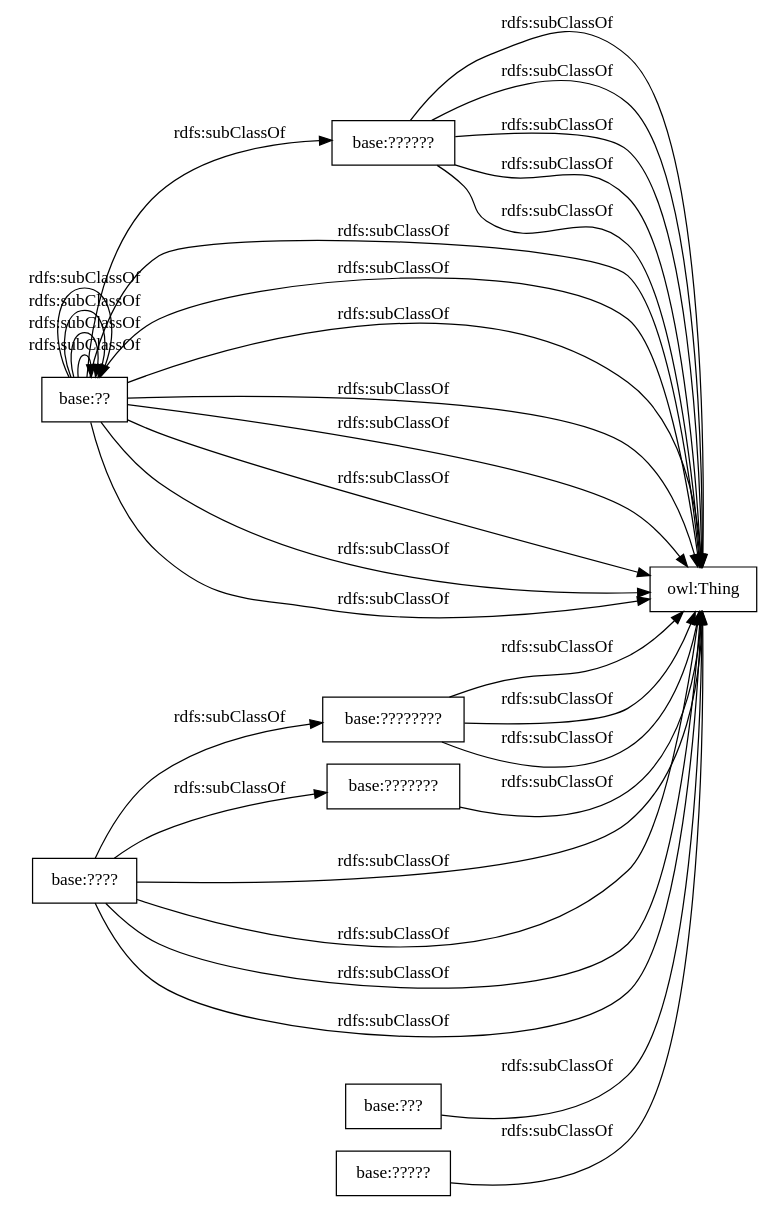
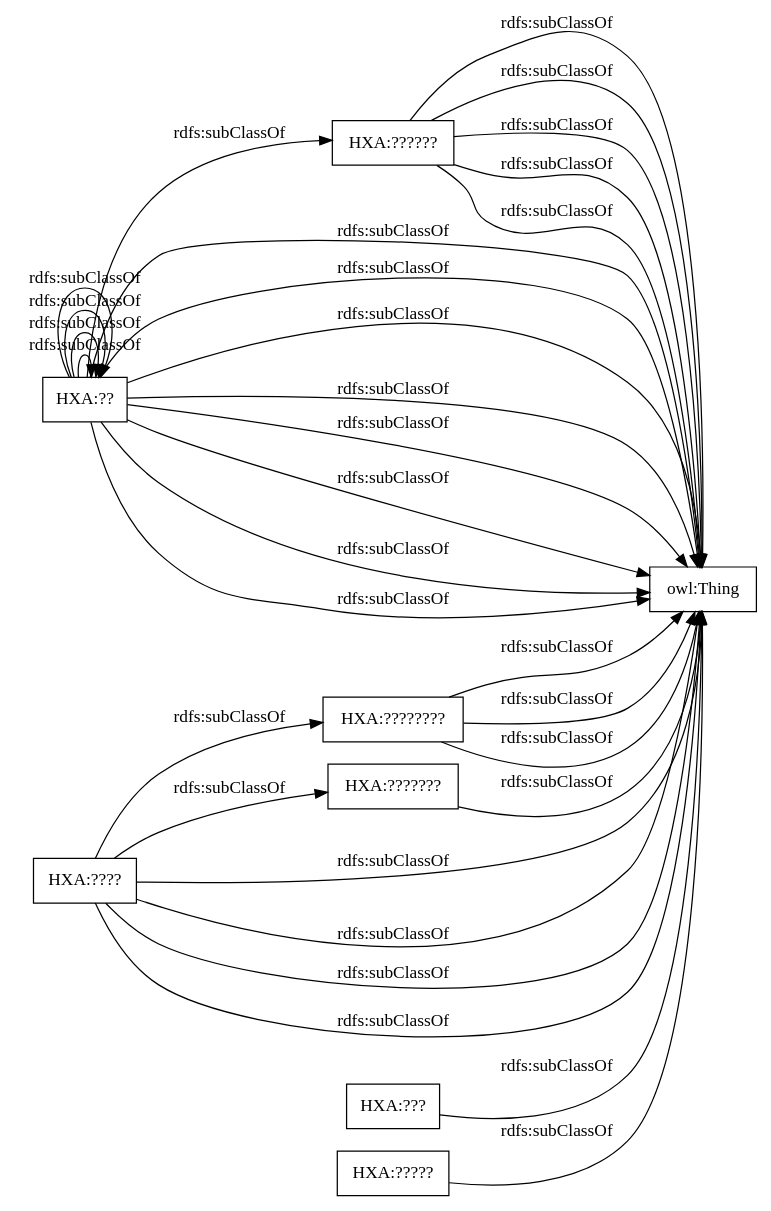
Before and after one commit to kevin801006/Ontology: the diagram in OnToology/HXA.rdf/diagrams/ar2dtool-taxonomy/HXA.rdf.png.dot, drawn with Graphviz. The commit also changed 10 other files, not shown here.

```diff
--- a/OnToology/HXA.rdf/diagrams/ar2dtool-taxonomy/HXA.rdf.png.dot
+++ b/OnToology/HXA.rdf/diagrams/ar2dtool-taxonomy/HXA.rdf.png.dot
@@ -1,36 +1,36 @@
 digraph ar2dtool_diagram { 
 rankdir=LR;
 size="1000"
-node [shape = rectangle, color="black"]; "base:??" "base:??????" "base:????????" "base:????" "base:??" "base:????" "base:???????" "base:??" "base:??????" "base:????" "base:??" "base:??????" "base:??" "base:???" "base:??" "base:??????" "base:????????" "base:??" "base:????????" "base:??" "base:??" "base:????" "base:????" "base:??" "base:??" "base:??????" "base:??" "base:??" "base:?????" "base:????" ; /*classes style*/
-	"base:????????" -> "owl:Thing" [ label = "rdfs:subClassOf" ];
-	"base:????????" -> "owl:Thing" [ label = "rdfs:subClassOf" ];
-	"base:????" -> "owl:Thing" [ label = "rdfs:subClassOf" ];
-	"base:??" -> "base:??" [ label = "rdfs:subClassOf" ];
-	"base:???????" -> "owl:Thing" [ label = "rdfs:subClassOf" ];
-	"base:????" -> "owl:Thing" [ label = "rdfs:subClassOf" ];
-	"base:??????" -> "owl:Thing" [ label = "rdfs:subClassOf" ];
-	"base:??" -> "base:??" [ label = "rdfs:subClassOf" ];
-	"base:???" -> "owl:Thing" [ label = "rdfs:subClassOf" ];
-	"base:??????" -> "owl:Thing" [ label = "rdfs:subClassOf" ];
-	"base:??" -> "owl:Thing" [ label = "rdfs:subClassOf" ];
-	"base:????" -> "owl:Thing" [ label = "rdfs:subClassOf" ];
-	"base:??" -> "owl:Thing" [ label = "rdfs:subClassOf" ];
-	"base:??" -> "owl:Thing" [ label = "rdfs:subClassOf" ];
-	"base:??" -> "owl:Thing" [ label = "rdfs:subClassOf" ];
-	"base:????????" -> "owl:Thing" [ label = "rdfs:subClassOf" ];
-	"base:??" -> "owl:Thing" [ label = "rdfs:subClassOf" ];
-	"base:??????" -> "owl:Thing" [ label = "rdfs:subClassOf" ];
-	"base:??" -> "base:??" [ label = "rdfs:subClassOf" ];
-	"base:??????" -> "owl:Thing" [ label = "rdfs:subClassOf" ];
-	"base:??????" -> "owl:Thing" [ label = "rdfs:subClassOf" ];
-	"base:?????" -> "owl:Thing" [ label = "rdfs:subClassOf" ];
-	"base:????" -> "owl:Thing" [ label = "rdfs:subClassOf" ];
-	"base:??" -> "owl:Thing" [ label = "rdfs:subClassOf" ];
-	"base:??" -> "owl:Thing" [ label = "rdfs:subClassOf" ];
-	"base:????" -> "base:????????" [ label = "rdfs:subClassOf" ];
-	"base:??" -> "base:??????" [ label = "rdfs:subClassOf" ];
-	"base:??" -> "owl:Thing" [ label = "rdfs:subClassOf" ];
-	"base:????" -> "base:???????" [ label = "rdfs:subClassOf" ];
-	"base:??" -> "base:??" [ label = "rdfs:subClassOf" ];
+node [shape = rectangle, color="black"]; "HXA:??" "HXA:??????" "HXA:????????" "HXA:????" "HXA:??" "HXA:????" "HXA:???????" "HXA:??" "HXA:??????" "HXA:????" "HXA:??" "HXA:??????" "HXA:??" "HXA:???" "HXA:??" "HXA:??????" "HXA:????????" "HXA:??" "HXA:????????" "HXA:??" "HXA:??" "HXA:????" "HXA:????" "HXA:??" "HXA:??" "HXA:??????" "HXA:??" "HXA:??" "HXA:?????" "HXA:????" ; /*classes style*/
+	"HXA:????????" -> "owl:Thing" [ label = "rdfs:subClassOf" ];
+	"HXA:????????" -> "owl:Thing" [ label = "rdfs:subClassOf" ];
+	"HXA:????" -> "owl:Thing" [ label = "rdfs:subClassOf" ];
+	"HXA:??" -> "HXA:??" [ label = "rdfs:subClassOf" ];
+	"HXA:???????" -> "owl:Thing" [ label = "rdfs:subClassOf" ];
+	"HXA:????" -> "owl:Thing" [ label = "rdfs:subClassOf" ];
+	"HXA:??????" -> "owl:Thing" [ label = "rdfs:subClassOf" ];
+	"HXA:??" -> "HXA:??" [ label = "rdfs:subClassOf" ];
+	"HXA:???" -> "owl:Thing" [ label = "rdfs:subClassOf" ];
+	"HXA:??????" -> "owl:Thing" [ label = "rdfs:subClassOf" ];
+	"HXA:??" -> "owl:Thing" [ label = "rdfs:subClassOf" ];
+	"HXA:????" -> "owl:Thing" [ label = "rdfs:subClassOf" ];
+	"HXA:??" -> "owl:Thing" [ label = "rdfs:subClassOf" ];
+	"HXA:??" -> "owl:Thing" [ label = "rdfs:subClassOf" ];
+	"HXA:??" -> "owl:Thing" [ label = "rdfs:subClassOf" ];
+	"HXA:????????" -> "owl:Thing" [ label = "rdfs:subClassOf" ];
+	"HXA:??" -> "owl:Thing" [ label = "rdfs:subClassOf" ];
+	"HXA:??????" -> "owl:Thing" [ label = "rdfs:subClassOf" ];
+	"HXA:??" -> "HXA:??" [ label = "rdfs:subClassOf" ];
+	"HXA:??????" -> "owl:Thing" [ label = "rdfs:subClassOf" ];
+	"HXA:??????" -> "owl:Thing" [ label = "rdfs:subClassOf" ];
+	"HXA:?????" -> "owl:Thing" [ label = "rdfs:subClassOf" ];
+	"HXA:????" -> "owl:Thing" [ label = "rdfs:subClassOf" ];
+	"HXA:??" -> "owl:Thing" [ label = "rdfs:subClassOf" ];
+	"HXA:??" -> "owl:Thing" [ label = "rdfs:subClassOf" ];
+	"HXA:????" -> "HXA:????????" [ label = "rdfs:subClassOf" ];
+	"HXA:??" -> "HXA:??????" [ label = "rdfs:subClassOf" ];
+	"HXA:??" -> "owl:Thing" [ label = "rdfs:subClassOf" ];
+	"HXA:????" -> "HXA:???????" [ label = "rdfs:subClassOf" ];
+	"HXA:??" -> "HXA:??" [ label = "rdfs:subClassOf" ];
 
 }
```
